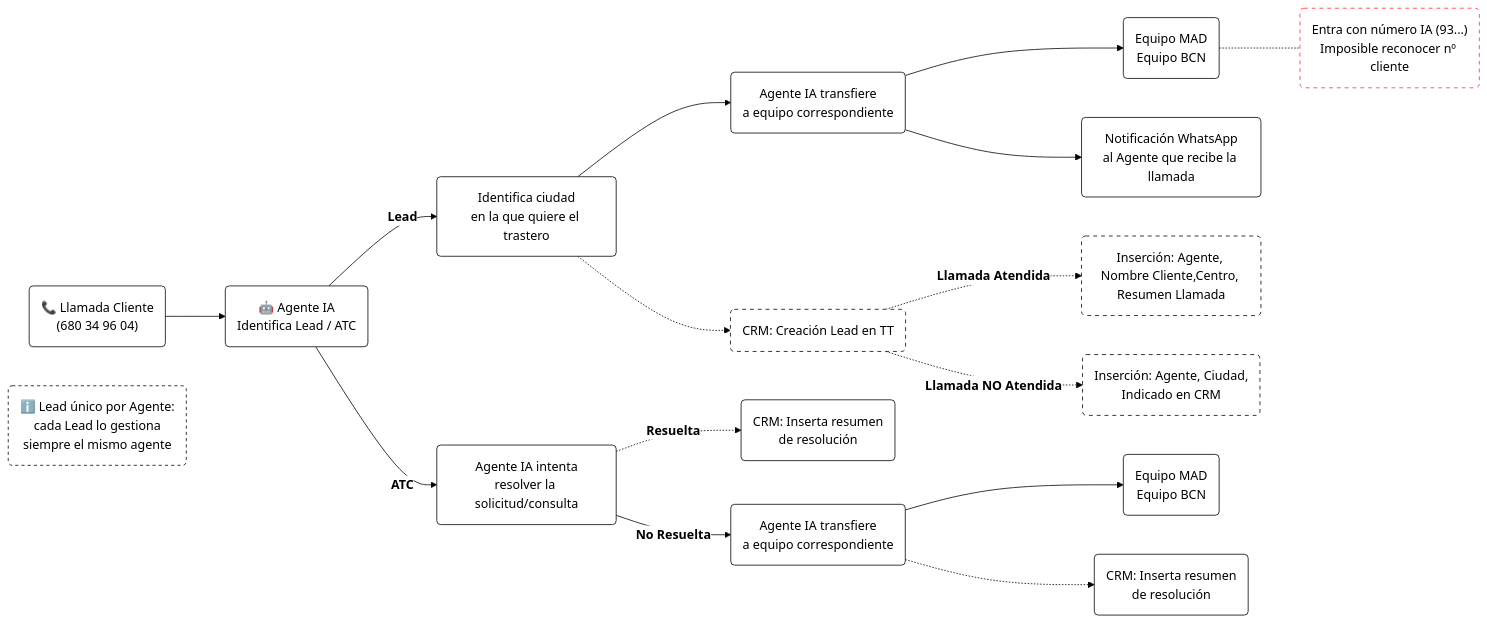
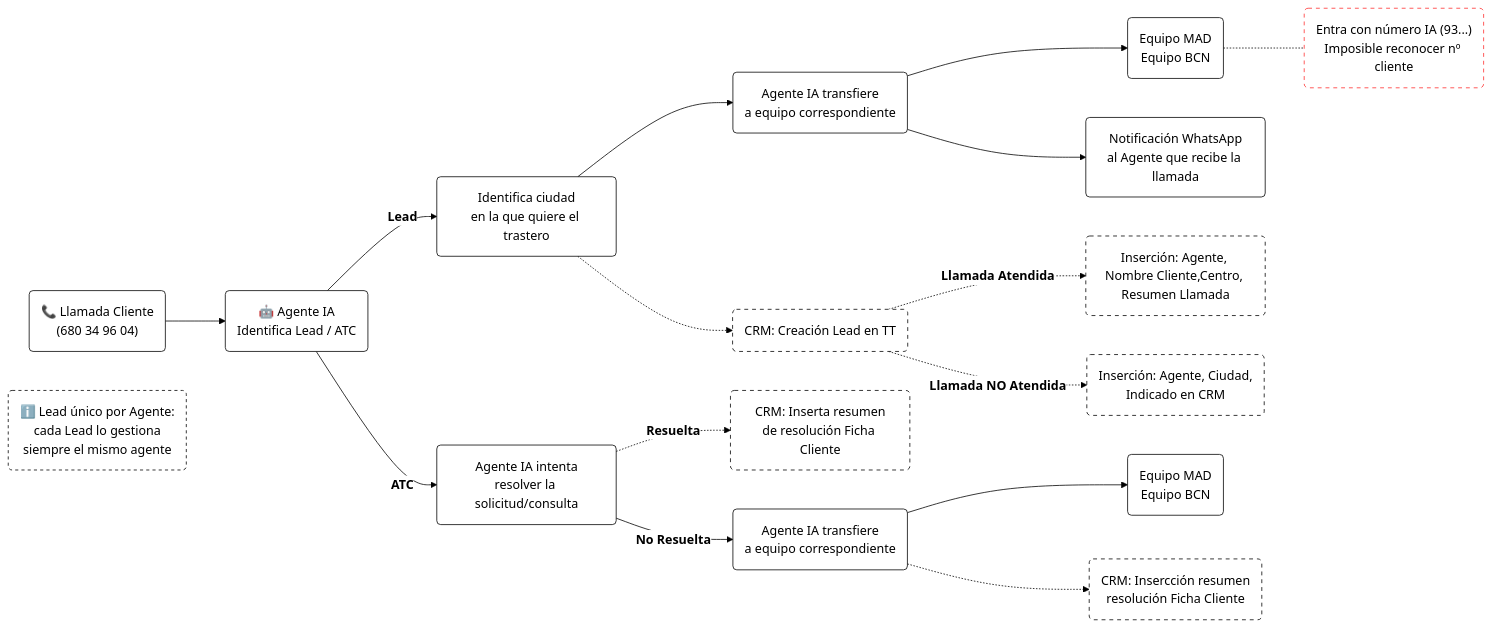
Before and after one commit to Fblanchete/Agente-IA: the diagram in flujo_en_horario (1).md, drawn with Mermaid.

Commit message:
Update flujo_en_horario (1).md

````diff
--- a/flujo_en_horario (1).md
+++ b/flujo_en_horario (1).md
@@ -3,35 +3,35 @@
 ```mermaid
 %%{init: {'theme': 'base', 'themeVariables': { 'fontFamily': 'Arial', 'background': '#FFFFFF', 'primaryColor': '#FFFFFF', 'primaryBorderColor': '#000000', 'primaryTextColor': '#000000', 'lineColor': '#000000', 'secondaryColor': '#FFFFFF', 'tertiaryColor': '#FFFFFF'}}}%%
 flowchart LR
     A1("📞 Llamada Cliente<br/>(680 34 96 04)") --> A2("🤖 Agente IA<br/>Identifica Lead / ATC")
 
     A2 -->|"`**Lead**`"| L1("Identifica ciudad<br/>en la que quiere el trastero")
     L1 --> L2("Agente IA transfiere<br/>a equipo correspondiente")
     L1 -.-> CRM1("CRM: Creación Lead en TT")
     L4 -.- L3("Entra con número IA (93...)<br/>Imposible reconocer nº cliente")
     L2 --> L4("Equipo MAD<br/>Equipo BCN")
     L2 --> L5("Notificación WhatsApp<br/>al Agente que recibe la llamada")
     CRM1 -.-> |"`**Llamada Atendida**`"| LA("Inserción: Agente, Nombre Cliente,Centro, Resumen Llamada")
     CRM1 -.-> |"`**Llamada NO Atendida**`"| LNA("Inserción: Agente, Ciudad,<br/>Indicado en CRM")
 
     A2 -->|"`**ATC**`"| T1("Agente IA intenta<br/>resolver la solicitud/consulta")
-    T1 -.->|"`**Resuelta**`"| CRM2("CRM: Inserta resumen<br/>de resolución")
+    T1 -.->|"`**Resuelta**`"| CRM2("CRM: Inserta resumen<br/>de resolución Ficha Cliente")
     T1 -->|"`**No Resuelta**`"| T2("Agente IA transfiere<br/>a equipo correspondiente")
     T2 --> T3("Equipo MAD<br/>Equipo BCN")
-    T2 -.-> CRM3("CRM: Inserta resumen<br/>de resolución")
+    T2 -.-> CRM3("CRM: Insercción resumen<br/>resolución Ficha Cliente")
   
 
     N0("ℹ️ Lead único por Agente:<br/>cada Lead lo gestiona<br/>siempre el mismo agente")
 
 
     classDef todos fill:#FFFFFF,stroke:#000000,color:#000000
     classDef nota fill:#FFFFFF,stroke:#000000,color:#000000,stroke-dasharray: 4 4
     classDef comment fill:#FFFFFF,stroke:#FF2C2C,color:#000000,stroke-dasharray: 5 5
     classDef CRM fill:#FFFFFF,stroke:#000000,color:#000000,stroke-dasharray: 5 5
-    class A1,A2,L1,L2,L4,L5,CRM2,CRM3,T1,T2,T3 todos
+    class A1,A2,L1,L2,L4,L5,T1,T2,T3 todos
     class N0 nota
     class L3 comment
-    class CRM1,LA,LNA CRM
+    class CRM1,LA,LNA,CRM3,CRM2 CRM
    
 
 ```
````
